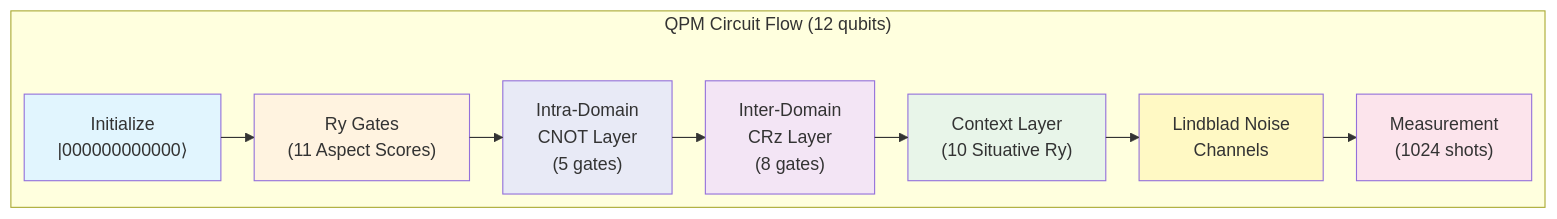
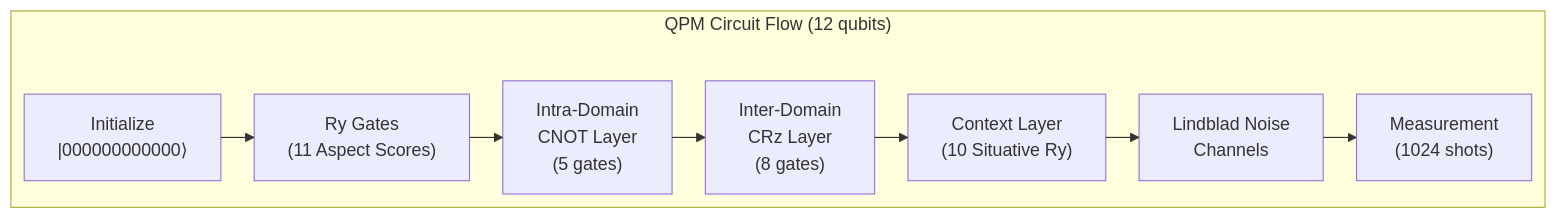
One commit to JustForCodin/Centaurian_Architecture_Implementation changed the fourth of 18 diagrams in Centaurian_Hybrid_Architecture_v3.md. Above: the diagram before and after it, drawn with Mermaid. The commit also changed other lines of this file, not shown here.

First line of the commit message:
v3 paper: node-graph rendering, Phase 1/2 domain split, persona-coherence reframe

````diff
--- a/Centaurian_Hybrid_Architecture_v3.md
+++ b/Centaurian_Hybrid_Architecture_v3.md
@@ -417,19 +414,12 @@
 ```mermaid
 %%{init: {"flowchart": {"defaultRenderer": "elk"}} }%%
 graph LR
     subgraph "QPM Circuit Flow (12 qubits)"
         INIT["Initialize<br/>|000000000000⟩"] --> RY["Ry Gates<br/>(11 Aspect Scores)"]
         RY --> INTRA["Intra-Domain<br/>CNOT Layer<br/>(5 gates)"]
         INTRA --> INTER["Inter-Domain<br/>CRz Layer<br/>(8 gates)"]
         INTER --> CTX["Context Layer<br/>(10 Situative Ry)"]
         CTX --> LINDBLAD["Lindblad Noise<br/>Channels"]
         LINDBLAD --> MEAS["Measurement<br/>(1024 shots)"]
     end
-    style INIT fill:#e1f5fe
-    style RY fill:#fff3e0
-    style INTRA fill:#e8eaf6
-    style INTER fill:#f3e5f5
-    style CTX fill:#e8f5e9
-    style LINDBLAD fill:#fff9c4
-    style MEAS fill:#fce4ec
 ```
````
